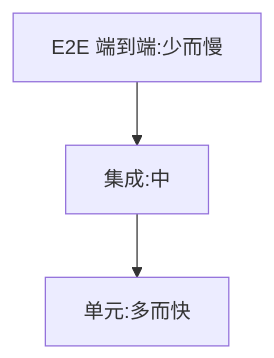
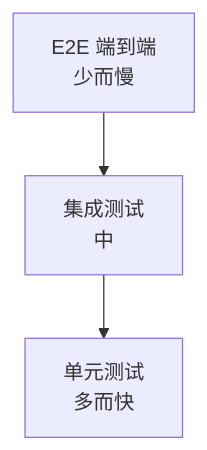
Before and after one commit to inspire-man/frontend-knowledge-base: the diagram in frontend-knowledge-base/卷十-性能优化与工程质量/10.6-单元测试Vitest.md, drawn with Mermaid. The commit also changed other lines of this file, not shown here.

````diff
--- a/frontend-knowledge-base/卷十-性能优化与工程质量/10.6-单元测试Vitest.md
+++ b/frontend-knowledge-base/卷十-性能优化与工程质量/10.6-单元测试Vitest.md
@@ -11,5 +11,5 @@
 ```mermaid
 flowchart TB
-    A[E2E 端到端:少而慢] --> B[集成:中]
-    B --> C[单元:多而快]
+    A[E2E 端到端<br/>少而慢] --> B[集成测试<br/>中]
+    B --> C[单元测试<br/>多而快]
 ```
````
